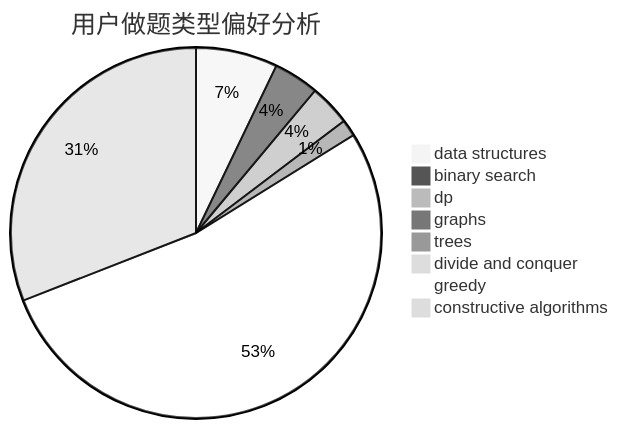
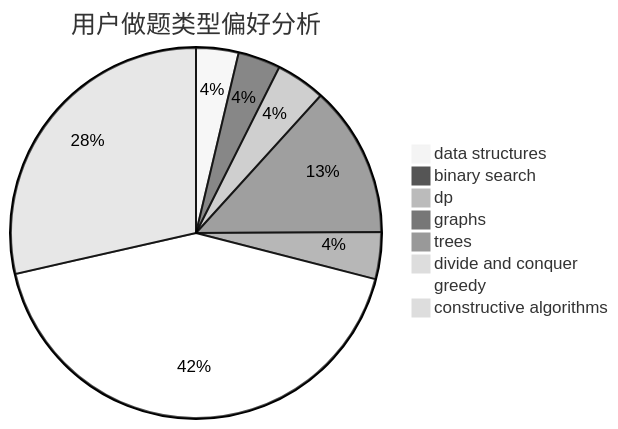
Before and after one commit to sherpahu/cfrs.github.io: the second of 3 diagrams in docs/user/u1556.md, drawn with Mermaid (neutral theme). The commit also changed other lines of this file and 2770 other files, not shown here.

````diff
--- a/docs/user/u1556.md
+++ b/docs/user/u1556.md
@@ -23,11 +23,11 @@
 ```mermaid
 pie title 用户做题类型偏好分析
-    "data structures" :  83
-    "binary search" :  46
-    "dp" :  42
-    "graphs" :  6
-    "trees" :  17
-    "divide and conquer" :  1
-    "greedy" :  616
-    "constructive algorithms" :  360
+    "data structures" :  48
+    "binary search" :  48
+    "dp" :  56
+    "graphs" :  171
+    "trees" :  53
+    "divide and conquer" :  7
+    "greedy" :  550
+    "constructive algorithms" :  370
 ```
````
